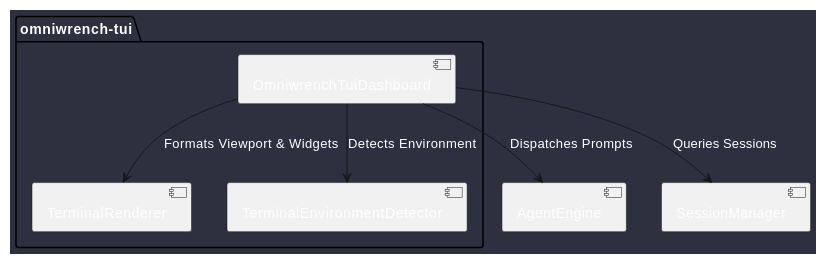
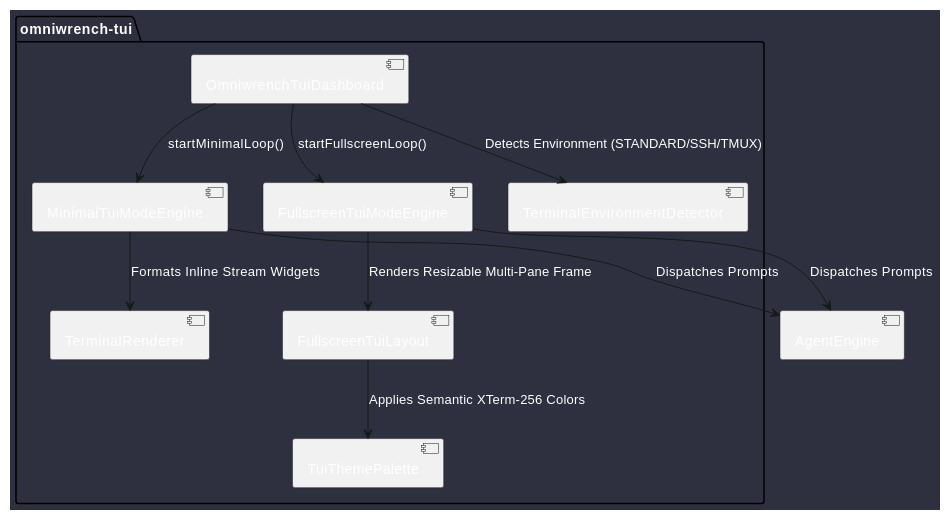
Before and after one commit to mlecabellec/omniwrench: the diagram in doc/docs/architecture/components/OmniwrenchTuiDashboard.md, drawn with PlantUML. The commit also changed other lines of this file and 47 other files, not shown here.

````diff
--- a/doc/docs/architecture/components/OmniwrenchTuiDashboard.md
+++ b/doc/docs/architecture/components/OmniwrenchTuiDashboard.md
@@ -19,18 +19,26 @@
 ```plantuml
 @startuml
 skinparam backgroundColor #2e303f
 skinparam defaultFontColor #ffffff
 skinparam componentStyle uml2
 
 package "omniwrench-tui" {
   [OmniwrenchTuiDashboard] as COMP
+  [MinimalTuiModeEngine] as MIN_ENG
+  [FullscreenTuiModeEngine] as FS_ENG
+  [FullscreenTuiLayout] as FS_LAYOUT
   [TerminalRenderer] as RENDER
+  [TuiThemePalette] as PALETTE
   [TerminalEnvironmentDetector] as DETECT
 }
 
-COMP --> DETECT : Detects Environment
-COMP --> RENDER : Formats Viewport & Widgets
-COMP --> [AgentEngine] : Dispatches Prompts
-COMP --> [SessionManager] : Queries Sessions
+COMP --> DETECT : Detects Environment (STANDARD/SSH/TMUX)
+COMP --> MIN_ENG : startMinimalLoop()
+COMP --> FS_ENG : startFullscreenLoop()
+MIN_ENG --> RENDER : Formats Inline Stream Widgets
+FS_ENG --> FS_LAYOUT : Renders Resizable Multi-Pane Frame
+FS_LAYOUT --> PALETTE : Applies Semantic XTerm-256 Colors
+MIN_ENG --> [AgentEngine] : Dispatches Prompts
+FS_ENG --> [AgentEngine] : Dispatches Prompts
 @enduml
 ```
````
